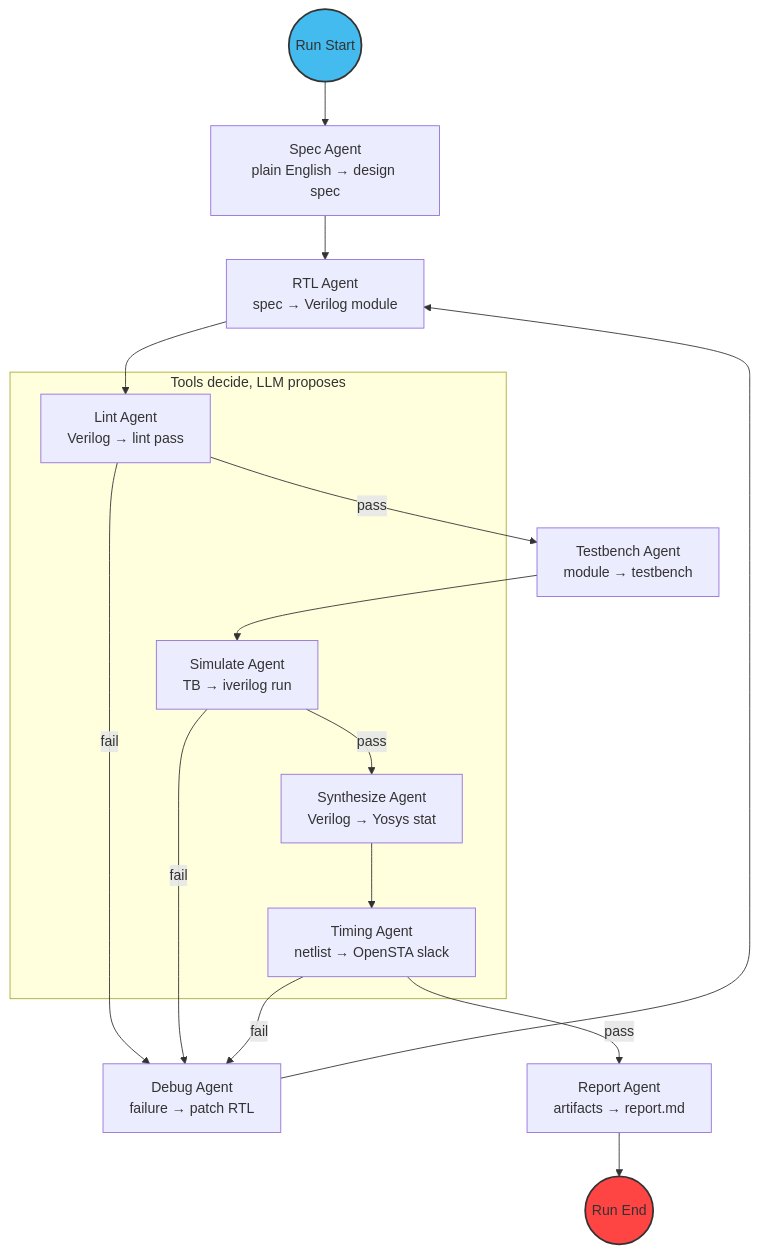
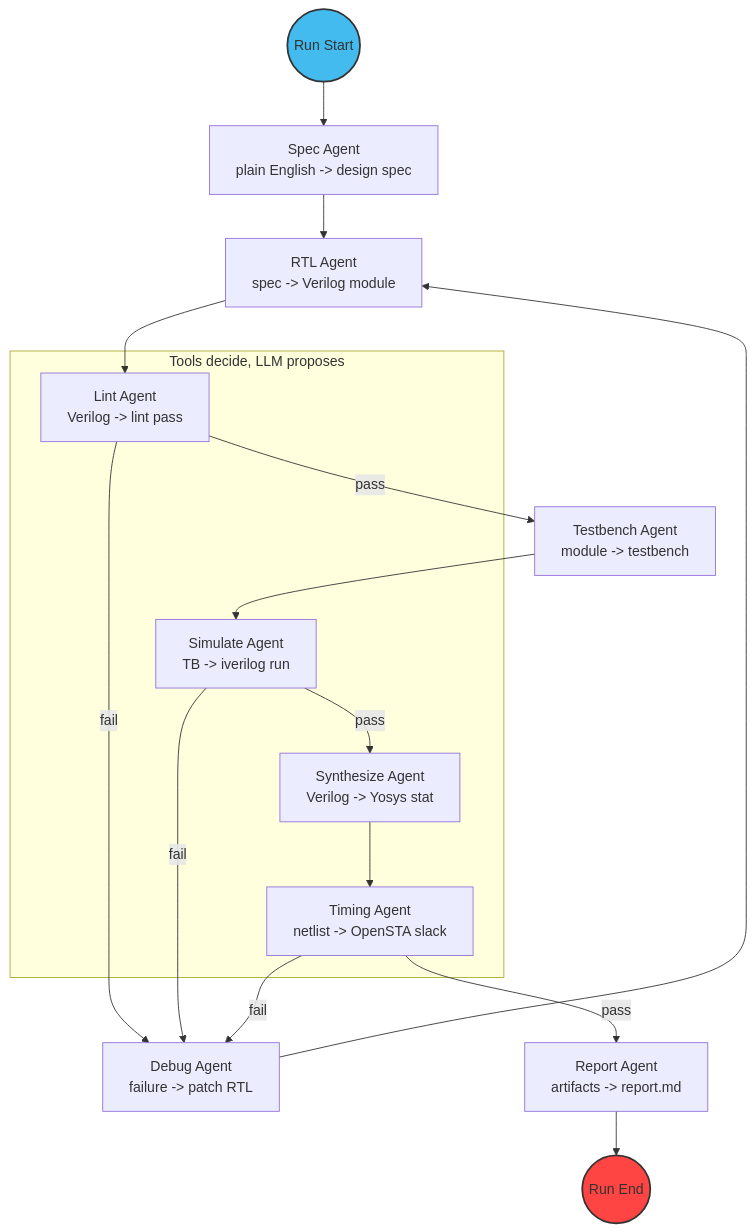
One commit to SairajMN/siliconboard changed the second of 5 diagrams in README.md. Above: the diagram before and after it, drawn with Mermaid. The commit also changed other lines of this file, not shown here.

Commit message:
fix: replace all Unicode → with ASCII -> in mermaid diagrams

````diff
--- a/README.md
+++ b/README.md
@@ -72,38 +72,38 @@
 ```mermaid
 flowchart TB
     Start((Run Start)):::start
-    Spec[Spec Agent<br/>plain English → design spec]
-    RTL[RTL Agent<br/>spec → Verilog module]
-    Lint[Lint Agent<br/>Verilog → lint pass]
-    TB[Testbench Agent<br/>module → testbench]
-    Sim[Simulate Agent<br/>TB → iverilog run]
-    Debug[Debug Agent<br/>failure → patch RTL]
-    Synth[Synthesize Agent<br/>Verilog → Yosys stat]
-    STA[Timing Agent<br/>netlist → OpenSTA slack]
-    Report[Report Agent<br/>artifacts → report.md]
+    Spec[Spec Agent<br/>plain English -> design spec]
+    RTL[RTL Agent<br/>spec -> Verilog module]
+    Lint[Lint Agent<br/>Verilog -> lint pass]
+    TB[Testbench Agent<br/>module -> testbench]
+    Sim[Simulate Agent<br/>TB -> iverilog run]
+    Debug[Debug Agent<br/>failure -> patch RTL]
+    Synth[Synthesize Agent<br/>Verilog -> Yosys stat]
+    STA[Timing Agent<br/>netlist -> OpenSTA slack]
+    Report[Report Agent<br/>artifacts -> report.md]
     End((Run End)):::finish
 
     Start --> Spec
     Spec --> RTL
     RTL --> Lint
     Lint -->|fail| Debug
     Lint -->|pass| TB
     TB --> Sim
     Sim -->|fail| Debug
     Sim -->|pass| Synth
     Debug --> RTL
     Synth --> STA
     STA -->|fail| Debug
     STA -->|pass| Report
     Report --> End
 
     subgraph Tools[Tools decide, LLM proposes]
         Lint
         Sim
         Synth
         STA
     end
 
     classDef start fill:#4be,stroke:#333,stroke-width:2px;
     classDef finish fill:#f44,stroke:#333,stroke-width:2px;
 ```
````
